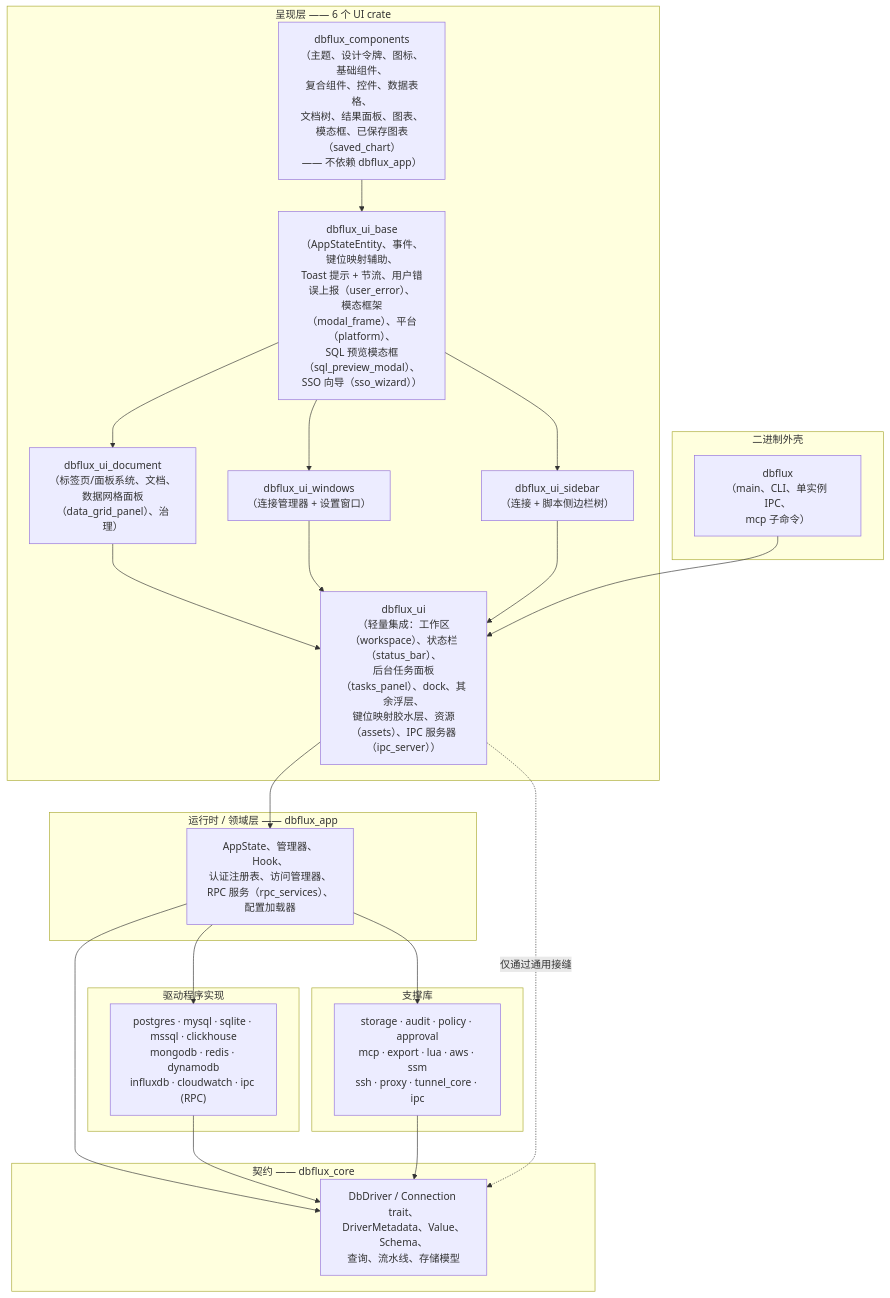
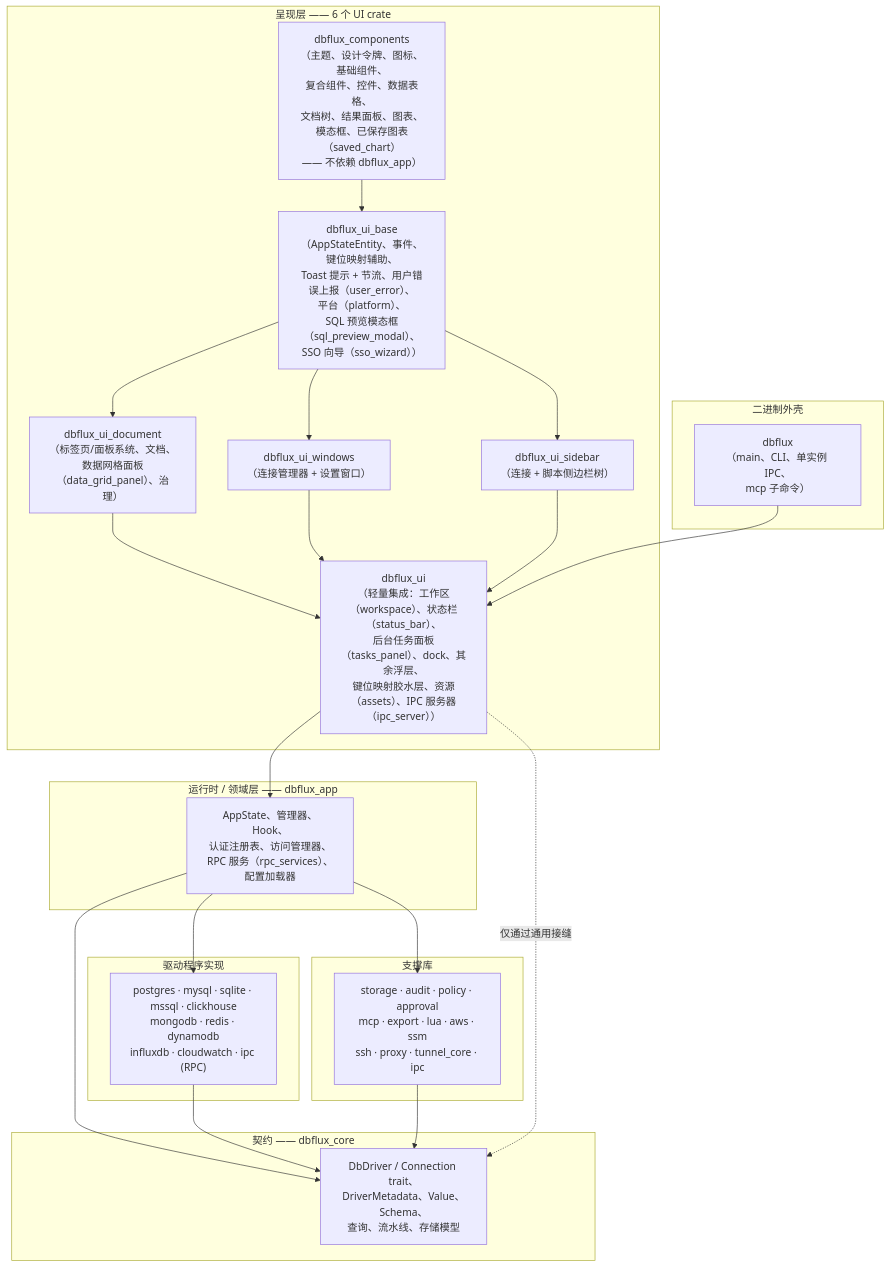
One commit to 0xErwin1/dbflux changed the first of 3 diagrams in docs/zh_Hans/ARCHITECTURE.md. Above: the diagram before and after it, drawn with Mermaid. The commit also changed other lines of this file and 770 other files, not shown here.

````diff
--- a/docs/zh_Hans/ARCHITECTURE.md
+++ b/docs/zh_Hans/ARCHITECTURE.md
@@ -20,39 +20,39 @@
 ```mermaid
 flowchart TB
     subgraph Shell["二进制外壳"]
         bin["dbflux<br/>（main、CLI、单实例 IPC、<br/>mcp 子命令）"]
     end
 
     subgraph UI["呈现层 —— 6 个 UI crate"]
         uicomp["dbflux_components<br/>（主题、设计令牌、图标、基础组件、<br/>复合组件、控件、数据表格、<br/>文档树、结果面板、图表、<br/>模态框、已保存图表（saved_chart）<br/>—— 不依赖 dbflux_app）"]
-        uibase["dbflux_ui_base<br/>（AppStateEntity、事件、键位映射辅助、<br/>Toast 提示 + 节流、用户错误上报（user_error）、<br/>模态框架（modal_frame）、平台（platform）、<br/>SQL 预览模态框（sql_preview_modal）、SSO 向导（sso_wizard））"]
+        uibase["dbflux_ui_base<br/>（AppStateEntity、事件、键位映射辅助、<br/>Toast 提示 + 节流、用户错误上报（user_error）、<br/>平台（platform）、<br/>SQL 预览模态框（sql_preview_modal）、SSO 向导（sso_wizard））"]
         uidoc["dbflux_ui_document<br/>（标签页/面板系统、文档、<br/>数据网格面板（data_grid_panel）、治理）"]
         uisidebar["dbflux_ui_sidebar<br/>（连接 + 脚本侧边栏树）"]
         uiwindows["dbflux_ui_windows<br/>（连接管理器 + 设置窗口）"]
         uithin["dbflux_ui<br/>（轻量集成：工作区（workspace）、状态栏（status_bar）、<br/>后台任务面板（tasks_panel）、dock、其余浮层、<br/>键位映射胶水层、资源（assets）、IPC 服务器（ipc_server））"]
         uicomp --> uibase --> uidoc & uiwindows & uisidebar --> uithin
     end
 
     subgraph Runtime["运行时 / 领域层 —— dbflux_app"]
         app["AppState、管理器、Hook、<br/>认证注册表、访问管理器、<br/>RPC 服务（rpc_services）、配置加载器"]
     end
 
     subgraph Core["契约 —— dbflux_core"]
         core["DbDriver / Connection trait、<br/>DriverMetadata、Value、Schema、<br/>查询、流水线、存储模型"]
     end
 
     subgraph Drivers["驱动程序实现"]
         drv["postgres · mysql · sqlite · mssql · clickhouse<br/>mongodb · redis · dynamodb<br/>influxdb · cloudwatch · ipc (RPC)"]
     end
 
     subgraph Support["支撑库"]
         sup["storage · audit · policy · approval<br/>mcp · export · lua · aws · ssm<br/>ssh · proxy · tunnel_core · ipc"]
     end
 
     bin --> uithin --> app --> core
     drv --> core
     sup --> core
     app --> drv
     app --> sup
     uithin -. "仅通过通用接缝" .-> core
 ```
````
